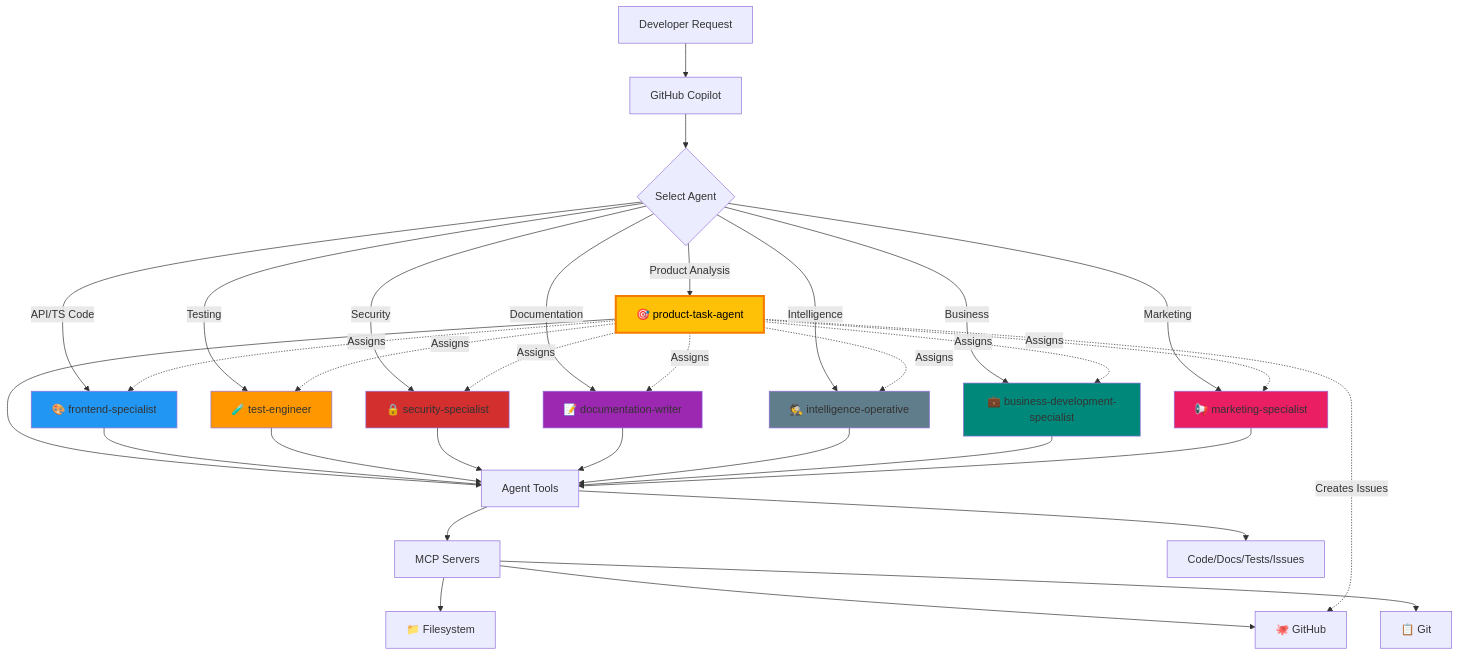
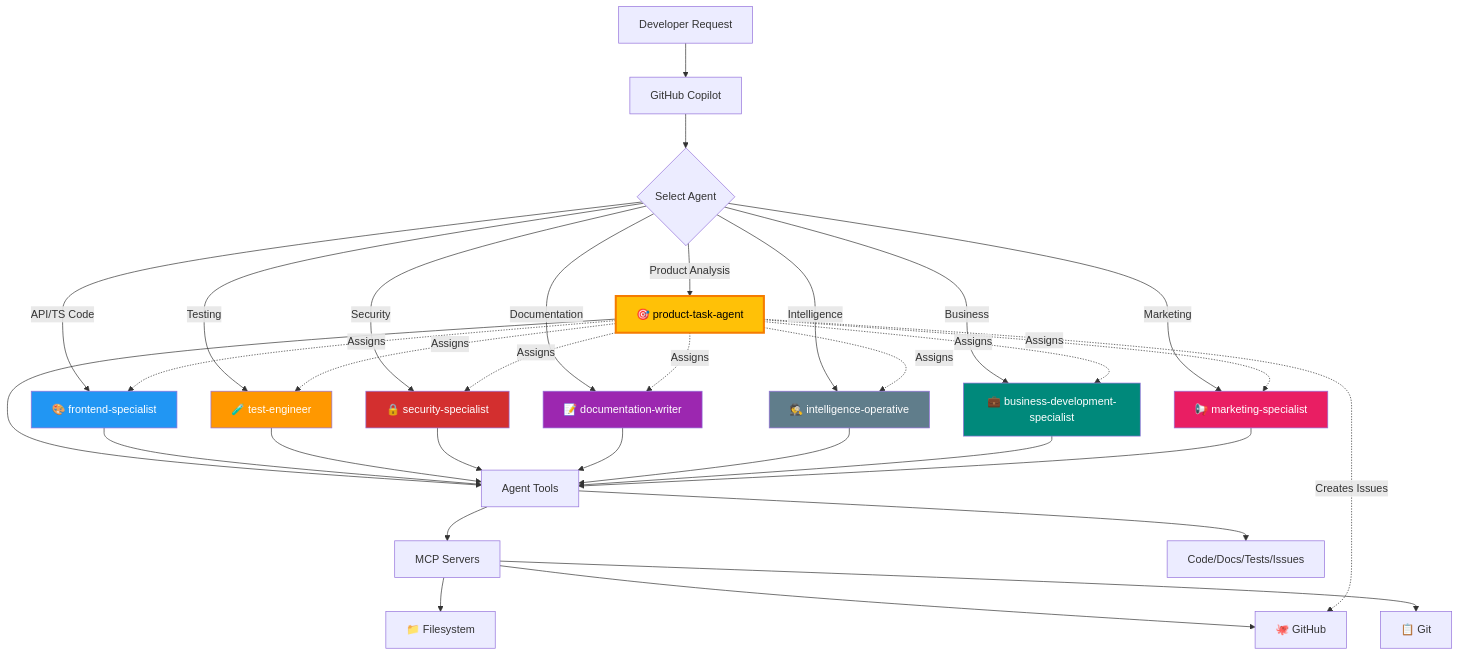
Before and after one commit to Hack23/European-Parliament-MCP-Server: the diagram in docs/api/media/README.md, drawn with Mermaid. The commit also changed 28 other files, not shown here.

First line of the commit message:
fix: correct 5 broken mermaid diagrams and add explicit text colors for dark/light mode

````diff
--- a/docs/api/media/README.md
+++ b/docs/api/media/README.md
@@ -296,48 +296,55 @@
 ```mermaid
 graph TB
     User[Developer Request] --> Copilot[GitHub Copilot]
     Copilot --> AgentSelect{Select Agent}
     
     AgentSelect -->|Product Analysis| TaskAgent[🎯 product-task-agent]
     AgentSelect -->|API/TS Code| Frontend[🎨 frontend-specialist]
     AgentSelect -->|Testing| TestEng[🧪 test-engineer]
     AgentSelect -->|Security| Security[🔒 security-specialist]
     AgentSelect -->|Documentation| DocWriter[📝 documentation-writer]
     AgentSelect -->|Intelligence| Intel[🕵️ intelligence-operative]
     AgentSelect -->|Business| BizDev[💼 business-development-specialist]
     AgentSelect -->|Marketing| Marketing[📢 marketing-specialist]
     
     TaskAgent --> Tools[Agent Tools]
     Frontend --> Tools
     TestEng --> Tools
     Security --> Tools
     DocWriter --> Tools
     Intel --> Tools
     BizDev --> Tools
     Marketing --> Tools
     
     Tools --> MCP[MCP Servers]
     MCP --> FS[📁 Filesystem]
     MCP --> GH[🐙 GitHub]
     MCP --> Git[📋 Git]
     
     Tools --> Output[Code/Docs/Tests/Issues]
     
     TaskAgent -.->|Creates Issues| GH
     TaskAgent -.->|Assigns| Frontend
     TaskAgent -.->|Assigns| TestEng
     TaskAgent -.->|Assigns| Security
     TaskAgent -.->|Assigns| DocWriter
     TaskAgent -.->|Assigns| Intel
     TaskAgent -.->|Assigns| BizDev
     TaskAgent -.->|Assigns| Marketing
     
     style TaskAgent fill:#FFC107,stroke:#F57C00,stroke-width:3px,color:#000
-    style Frontend fill:#2196F3
-    style TestEng fill:#FF9800
-    style Security fill:#D32F2F
-    style DocWriter fill:#9C27B0
-    style Intel fill:#607D8B
-    style BizDev fill:#00897B
-    style Marketing fill:#E91E63
+    style Frontend fill:#2196F3,color:#ffffff
+
+    style TestEng fill:#FF9800,color:#ffffff
+
+    style Security fill:#D32F2F,color:#ffffff
+
+    style DocWriter fill:#9C27B0,color:#ffffff
+
+    style Intel fill:#607D8B,color:#ffffff
+
+    style BizDev fill:#00897B,color:#ffffff
+
+    style Marketing fill:#E91E63,color:#ffffff
+
 ```
````
